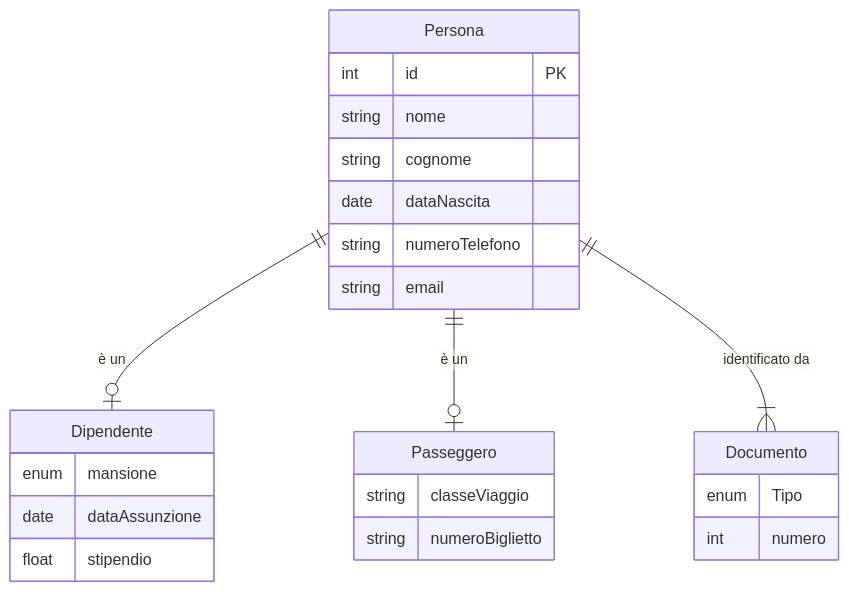
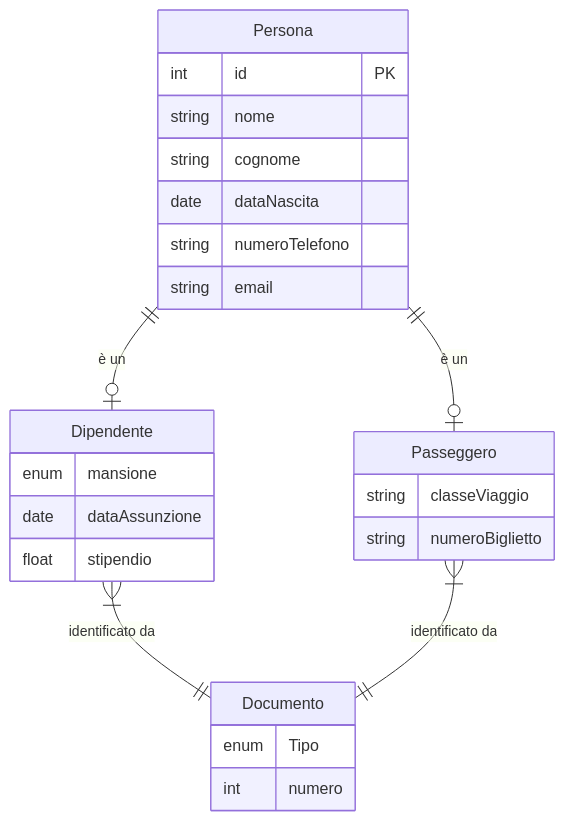
Before and after one commit to Diebbo/aereodb: the fourth of 4 diagrams in RELAZIONE.md, drawn with Mermaid. The commit also changed other lines of this file, not shown here.

````diff
--- a/RELAZIONE.md
+++ b/RELAZIONE.md
@@ -214,32 +236,33 @@
 ```mermaid
 erDiagram
     Persona {
         int id PK
         string nome
         string cognome
         date dataNascita
         string numeroTelefono
         string email
     }
 
     Dipendente {
         enum mansione
         date dataAssunzione
         float stipendio
     }
 
     Passeggero {
         string classeViaggio
         string numeroBiglietto
     }
 
     Documento {
         enum Tipo
         int numero
     }
 
     Persona ||--o| Dipendente: "è un"
     Persona ||--o| Passeggero: "è un"
-    Persona ||--|{ Documento: "identificato da"
+    Dipendente |{--|| Documento: "identificato da"
+    Passeggero |{--|| Documento: "identificato da"
 
 ```
````
